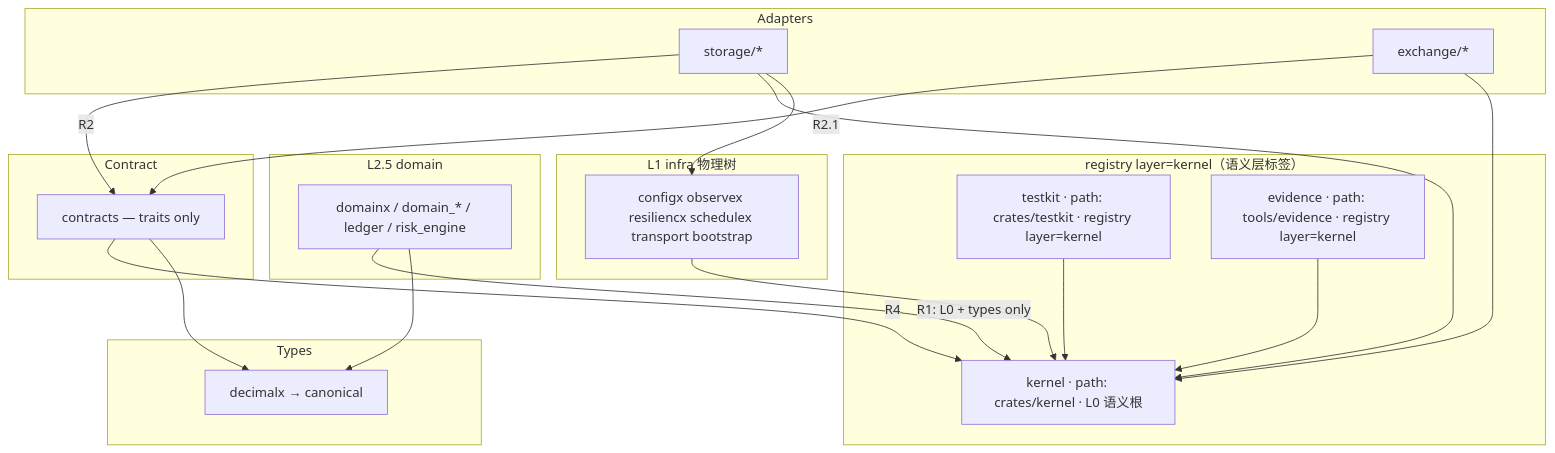
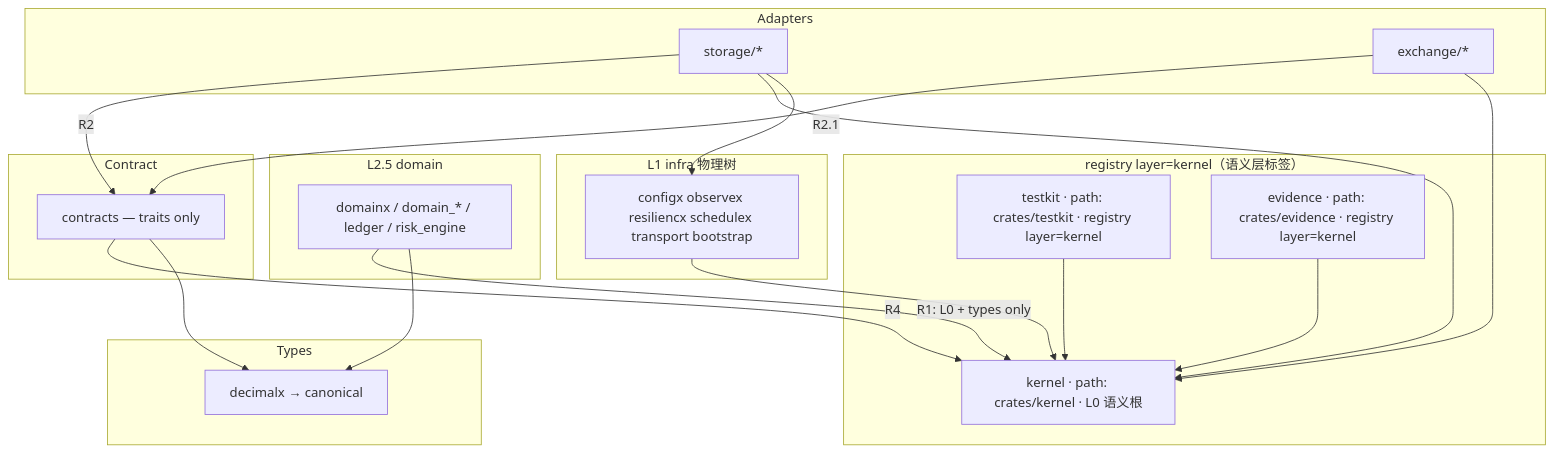
Before and after one commit to xhyperium/infra.rs: the first of 5 diagrams in .agents/ssot/kernel/design/DESIGN-KERNEL-002.md, drawn with Mermaid. The commit also changed other lines of this file and 314 other files, not shown here.

````diff
--- a/.agents/ssot/kernel/design/DESIGN-KERNEL-002.md
+++ b/.agents/ssot/kernel/design/DESIGN-KERNEL-002.md
@@ -150,37 +150,37 @@
 ```mermaid
 flowchart TB
   subgraph L25["L2.5 domain"]
     D[domainx / domain_* / ledger / risk_engine]
   end
   subgraph AD["Adapters"]
     S[storage/*]
     E[exchange/*]
   end
   subgraph L1["L1 infra 物理树"]
     I[configx observex resiliencx schedulex transport bootstrap]
   end
   subgraph C["Contract"]
     CT[contracts — traits only]
   end
   subgraph T["Types"]
     TY[decimalx → canonical]
   end
   subgraph L0reg["registry layer=kernel（语义层标签）"]
     K["kernel · path: crates/kernel · L0 语义根"]
     TK["testkit · path: crates/testkit · registry layer=kernel"]
-    EV["evidence · path: tools/evidence · registry layer=kernel"]
+    EV["evidence · path: crates/evidence · registry layer=kernel"]
   end
 
   D -->|R1: L0 + types only| K
   D --> TY
   S -->|R2| CT
   S --> K
   S --> I
   E -->|R2.1| CT
   E --> K
   I --> K
   CT -->|R4| K
   CT --> TY
   TK --> K
   EV --> K
 ```
````
